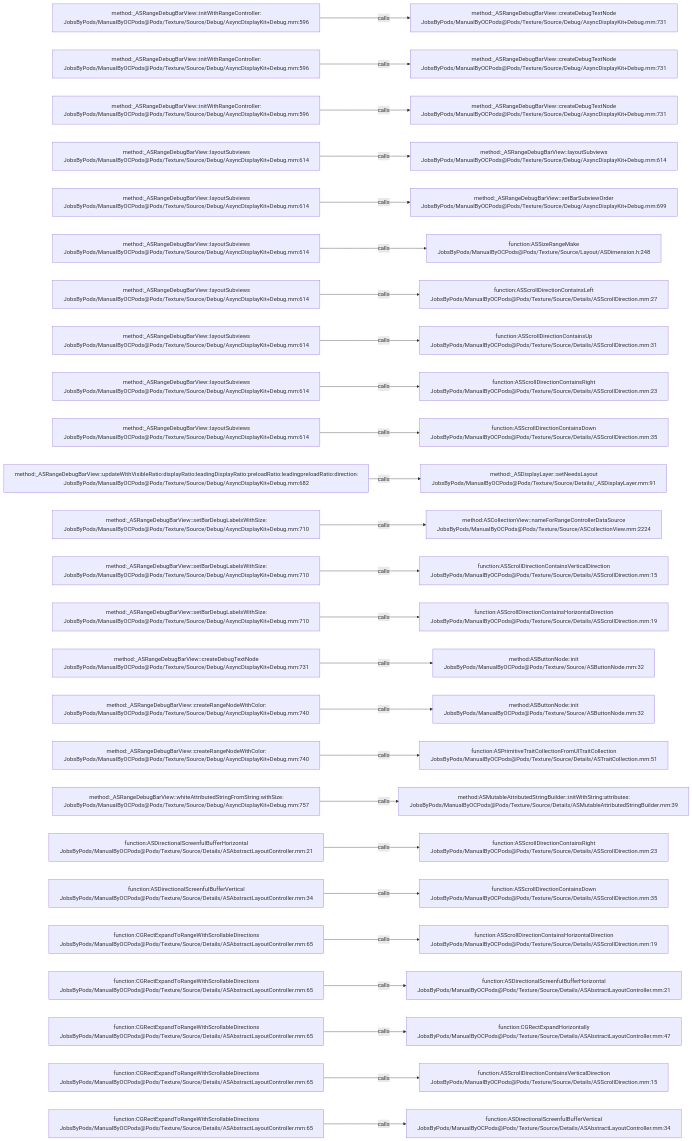
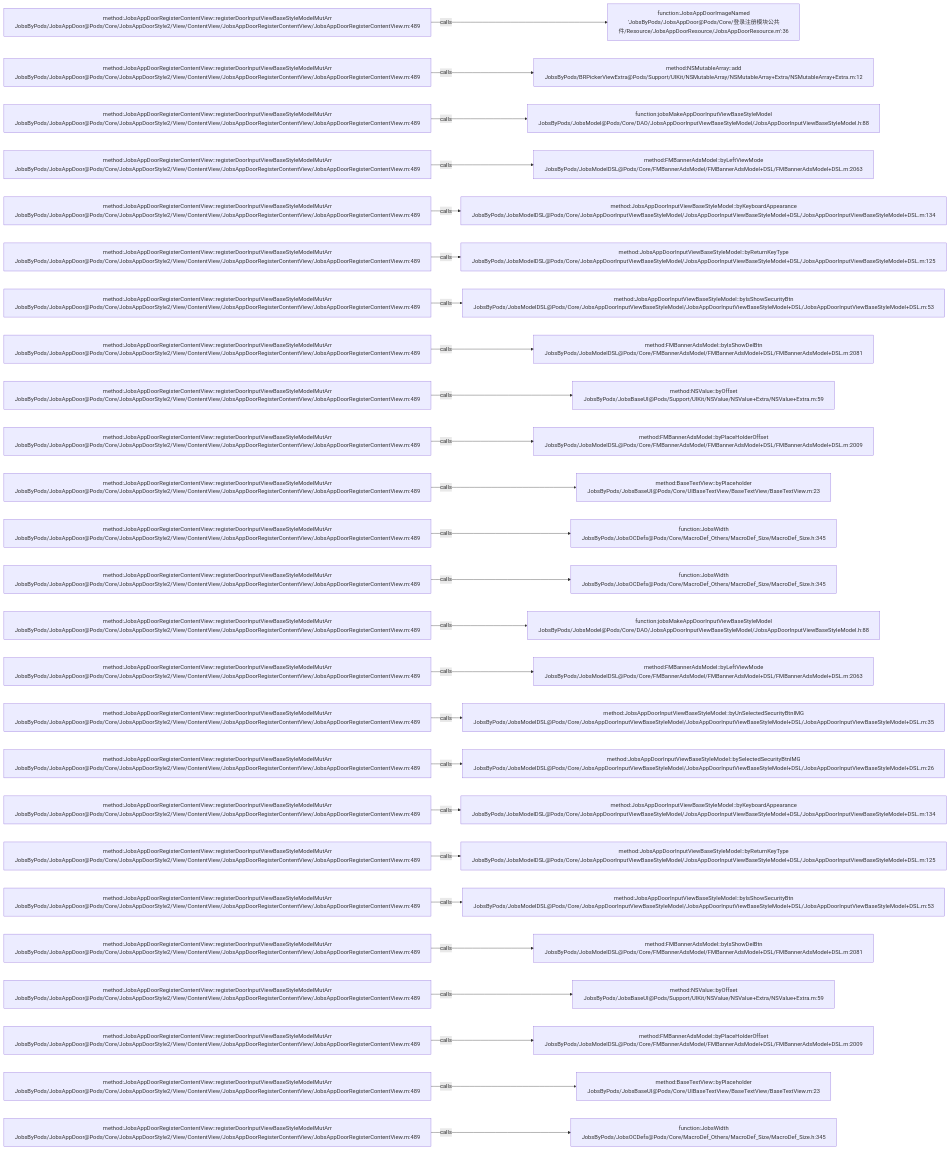
The diagram in .codegraph/codegraph.md/graphs/calls-134.md (JobsKits/JobsOCBaseConfigDemo), drawn with Mermaid before and after one commit. The commit also changed 768 other files, not shown here.

````diff
--- a/.codegraph/codegraph.md/graphs/calls-134.md
+++ b/.codegraph/codegraph.md/graphs/calls-134.md
@@ -13,78 +13,78 @@
 ```mermaid
 flowchart LR
-  S1["method:_ASRangeDebugBarView::initWithRangeController:<br/>JobsByPods/ManualByOCPods@Pods/Texture/Source/Debug/AsyncDisplayKit+Debug.mm:596"]
-  T1["method:_ASRangeDebugBarView::createDebugTextNode<br/>JobsByPods/ManualByOCPods@Pods/Texture/Source/Debug/AsyncDisplayKit+Debug.mm:731"]
+  S1["method:JobsAppDoorRegisterContentView::registerDoorInputViewBaseStyleModelMutArr<br/>JobsByPods/JobsAppDoor@Pods/Core/JobsAppDoorStyle2/View/ContentView/JobsAppDoorRegisterContentView/JobsAppDoorRegisterContentView.m:489"]
+  T1["function:JobsAppDoorImageNamed<br/>'JobsByPods/JobsAppDoor@Pods/Core/登录注册模块公共件/Resource/JobsAppDoorResource/JobsAppDoorResource.m':36"]
   S1 -->|calls| T1
-  S2["method:_ASRangeDebugBarView::initWithRangeController:<br/>JobsByPods/ManualByOCPods@Pods/Texture/Source/Debug/AsyncDisplayKit+Debug.mm:596"]
-  T2["method:_ASRangeDebugBarView::createDebugTextNode<br/>JobsByPods/ManualByOCPods@Pods/Texture/Source/Debug/AsyncDisplayKit+Debug.mm:731"]
+  S2["method:JobsAppDoorRegisterContentView::registerDoorInputViewBaseStyleModelMutArr<br/>JobsByPods/JobsAppDoor@Pods/Core/JobsAppDoorStyle2/View/ContentView/JobsAppDoorRegisterContentView/JobsAppDoorRegisterContentView.m:489"]
+  T2["method:NSMutableArray::add<br/>JobsByPods/BRPickerViewExtra@Pods/Support/UIKit/NSMutableArray/NSMutableArray+Extra/NSMutableArray+Extra.m:12"]
   S2 -->|calls| T2
-  S3["method:_ASRangeDebugBarView::initWithRangeController:<br/>JobsByPods/ManualByOCPods@Pods/Texture/Source/Debug/AsyncDisplayKit+Debug.mm:596"]
-  T3["method:_ASRangeDebugBarView::createDebugTextNode<br/>JobsByPods/ManualByOCPods@Pods/Texture/Source/Debug/AsyncDisplayKit+Debug.mm:731"]
+  S3["method:JobsAppDoorRegisterContentView::registerDoorInputViewBaseStyleModelMutArr<br/>JobsByPods/JobsAppDoor@Pods/Core/JobsAppDoorStyle2/View/ContentView/JobsAppDoorRegisterContentView/JobsAppDoorRegisterContentView.m:489"]
+  T3["function:jobsMakeAppDoorInputViewBaseStyleModel<br/>JobsByPods/JobsModel@Pods/Core/DAO/JobsAppDoorInputViewBaseStyleModel/JobsAppDoorInputViewBaseStyleModel.h:88"]
   S3 -->|calls| T3
-  S4["method:_ASRangeDebugBarView::layoutSubviews<br/>JobsByPods/ManualByOCPods@Pods/Texture/Source/Debug/AsyncDisplayKit+Debug.mm:614"]
-  T4["method:_ASRangeDebugBarView::layoutSubviews<br/>JobsByPods/ManualByOCPods@Pods/Texture/Source/Debug/AsyncDisplayKit+Debug.mm:614"]
+  S4["method:JobsAppDoorRegisterContentView::registerDoorInputViewBaseStyleModelMutArr<br/>JobsByPods/JobsAppDoor@Pods/Core/JobsAppDoorStyle2/View/ContentView/JobsAppDoorRegisterContentView/JobsAppDoorRegisterContentView.m:489"]
+  T4["method:FMBannerAdsModel::byLeftViewMode<br/>JobsByPods/JobsModelDSL@Pods/Core/FMBannerAdsModel/FMBannerAdsModel+DSL/FMBannerAdsModel+DSL.m:2063"]
   S4 -->|calls| T4
-  S5["method:_ASRangeDebugBarView::layoutSubviews<br/>JobsByPods/ManualByOCPods@Pods/Texture/Source/Debug/AsyncDisplayKit+Debug.mm:614"]
-  T5["method:_ASRangeDebugBarView::setBarSubviewOrder<br/>JobsByPods/ManualByOCPods@Pods/Texture/Source/Debug/AsyncDisplayKit+Debug.mm:699"]
+  S5["method:JobsAppDoorRegisterContentView::registerDoorInputViewBaseStyleModelMutArr<br/>JobsByPods/JobsAppDoor@Pods/Core/JobsAppDoorStyle2/View/ContentView/JobsAppDoorRegisterContentView/JobsAppDoorRegisterContentView.m:489"]
+  T5["method:JobsAppDoorInputViewBaseStyleModel::byKeyboardAppearance<br/>JobsByPods/JobsModelDSL@Pods/Core/JobsAppDoorInputViewBaseStyleModel/JobsAppDoorInputViewBaseStyleModel+DSL/JobsAppDoorInputViewBaseStyleModel+DSL.m:134"]
   S5 -->|calls| T5
-  S6["method:_ASRangeDebugBarView::layoutSubviews<br/>JobsByPods/ManualByOCPods@Pods/Texture/Source/Debug/AsyncDisplayKit+Debug.mm:614"]
-  T6["function:ASSizeRangeMake<br/>JobsByPods/ManualByOCPods@Pods/Texture/Source/Layout/ASDimension.h:248"]
+  S6["method:JobsAppDoorRegisterContentView::registerDoorInputViewBaseStyleModelMutArr<br/>JobsByPods/JobsAppDoor@Pods/Core/JobsAppDoorStyle2/View/ContentView/JobsAppDoorRegisterContentView/JobsAppDoorRegisterContentView.m:489"]
+  T6["method:JobsAppDoorInputViewBaseStyleModel::byReturnKeyType<br/>JobsByPods/JobsModelDSL@Pods/Core/JobsAppDoorInputViewBaseStyleModel/JobsAppDoorInputViewBaseStyleModel+DSL/JobsAppDoorInputViewBaseStyleModel+DSL.m:125"]
   S6 -->|calls| T6
-  S7["method:_ASRangeDebugBarView::layoutSubviews<br/>JobsByPods/ManualByOCPods@Pods/Texture/Source/Debug/AsyncDisplayKit+Debug.mm:614"]
-  T7["function:ASScrollDirectionContainsLeft<br/>JobsByPods/ManualByOCPods@Pods/Texture/Source/Details/ASScrollDirection.mm:27"]
+  S7["method:JobsAppDoorRegisterContentView::registerDoorInputViewBaseStyleModelMutArr<br/>JobsByPods/JobsAppDoor@Pods/Core/JobsAppDoorStyle2/View/ContentView/JobsAppDoorRegisterContentView/JobsAppDoorRegisterContentView.m:489"]
+  T7["method:JobsAppDoorInputViewBaseStyleModel::byIsShowSecurityBtn<br/>JobsByPods/JobsModelDSL@Pods/Core/JobsAppDoorInputViewBaseStyleModel/JobsAppDoorInputViewBaseStyleModel+DSL/JobsAppDoorInputViewBaseStyleModel+DSL.m:53"]
   S7 -->|calls| T7
-  S8["method:_ASRangeDebugBarView::layoutSubviews<br/>JobsByPods/ManualByOCPods@Pods/Texture/Source/Debug/AsyncDisplayKit+Debug.mm:614"]
-  T8["function:ASScrollDirectionContainsUp<br/>JobsByPods/ManualByOCPods@Pods/Texture/Source/Details/ASScrollDirection.mm:31"]
+  S8["method:JobsAppDoorRegisterContentView::registerDoorInputViewBaseStyleModelMutArr<br/>JobsByPods/JobsAppDoor@Pods/Core/JobsAppDoorStyle2/View/ContentView/JobsAppDoorRegisterContentView/JobsAppDoorRegisterContentView.m:489"]
+  T8["method:FMBannerAdsModel::byIsShowDelBtn<br/>JobsByPods/JobsModelDSL@Pods/Core/FMBannerAdsModel/FMBannerAdsModel+DSL/FMBannerAdsModel+DSL.m:2081"]
   S8 -->|calls| T8
-  S9["method:_ASRangeDebugBarView::layoutSubviews<br/>JobsByPods/ManualByOCPods@Pods/Texture/Source/Debug/AsyncDisplayKit+Debug.mm:614"]
-  T9["function:ASScrollDirectionContainsRight<br/>JobsByPods/ManualByOCPods@Pods/Texture/Source/Details/ASScrollDirection.mm:23"]
+  S9["method:JobsAppDoorRegisterContentView::registerDoorInputViewBaseStyleModelMutArr<br/>JobsByPods/JobsAppDoor@Pods/Core/JobsAppDoorStyle2/View/ContentView/JobsAppDoorRegisterContentView/JobsAppDoorRegisterContentView.m:489"]
+  T9["method:NSValue::byOffset<br/>JobsByPods/JobsBaseUI@Pods/Support/UIKit/NSValue/NSValue+Extra/NSValue+Extra.m:59"]
   S9 -->|calls| T9
-  S10["method:_ASRangeDebugBarView::layoutSubviews<br/>JobsByPods/ManualByOCPods@Pods/Texture/Source/Debug/AsyncDisplayKit+Debug.mm:614"]
-  T10["function:ASScrollDirectionContainsDown<br/>JobsByPods/ManualByOCPods@Pods/Texture/Source/Details/ASScrollDirection.mm:35"]
+  S10["method:JobsAppDoorRegisterContentView::registerDoorInputViewBaseStyleModelMutArr<br/>JobsByPods/JobsAppDoor@Pods/Core/JobsAppDoorStyle2/View/ContentView/JobsAppDoorRegisterContentView/JobsAppDoorRegisterContentView.m:489"]
+  T10["method:FMBannerAdsModel::byPlaceHolderOffset<br/>JobsByPods/JobsModelDSL@Pods/Core/FMBannerAdsModel/FMBannerAdsModel+DSL/FMBannerAdsModel+DSL.m:2009"]
   S10 -->|calls| T10
-  S11["method:_ASRangeDebugBarView::updateWithVisibleRatio:displayRatio:leadingDisplayRatio:preloadRatio:leadingpreloadRatio:direction:<br/>JobsByPods/ManualByOCPods@Pods/Texture/Source/Debug/AsyncDisplayKit+Debug.mm:682"]
-  T11["method:_ASDisplayLayer::setNeedsLayout<br/>JobsByPods/ManualByOCPods@Pods/Texture/Source/Details/_ASDisplayLayer.mm:91"]
+  S11["method:JobsAppDoorRegisterContentView::registerDoorInputViewBaseStyleModelMutArr<br/>JobsByPods/JobsAppDoor@Pods/Core/JobsAppDoorStyle2/View/ContentView/JobsAppDoorRegisterContentView/JobsAppDoorRegisterContentView.m:489"]
+  T11["method:BaseTextView::byPlaceholder<br/>JobsByPods/JobsBaseUI@Pods/Core/UIBaseTextView/BaseTextView/BaseTextView.m:23"]
   S11 -->|calls| T11
-  S12["method:_ASRangeDebugBarView::setBarDebugLabelsWithSize:<br/>JobsByPods/ManualByOCPods@Pods/Texture/Source/Debug/AsyncDisplayKit+Debug.mm:710"]
-  T12["method:ASCollectionView::nameForRangeControllerDataSource<br/>JobsByPods/ManualByOCPods@Pods/Texture/Source/ASCollectionView.mm:2224"]
+  S12["method:JobsAppDoorRegisterContentView::registerDoorInputViewBaseStyleModelMutArr<br/>JobsByPods/JobsAppDoor@Pods/Core/JobsAppDoorStyle2/View/ContentView/JobsAppDoorRegisterContentView/JobsAppDoorRegisterContentView.m:489"]
+  T12["function:JobsWidth<br/>JobsByPods/JobsOCDefs@Pods/Core/MacroDef_Others/MacroDef_Size/MacroDef_Size.h:345"]
   S12 -->|calls| T12
-  S13["method:_ASRangeDebugBarView::setBarDebugLabelsWithSize:<br/>JobsByPods/ManualByOCPods@Pods/Texture/Source/Debug/AsyncDisplayKit+Debug.mm:710"]
-  T13["function:ASScrollDirectionContainsVerticalDirection<br/>JobsByPods/ManualByOCPods@Pods/Texture/Source/Details/ASScrollDirection.mm:15"]
+  S13["method:JobsAppDoorRegisterContentView::registerDoorInputViewBaseStyleModelMutArr<br/>JobsByPods/JobsAppDoor@Pods/Core/JobsAppDoorStyle2/View/ContentView/JobsAppDoorRegisterContentView/JobsAppDoorRegisterContentView.m:489"]
+  T13["function:JobsWidth<br/>JobsByPods/JobsOCDefs@Pods/Core/MacroDef_Others/MacroDef_Size/MacroDef_Size.h:345"]
   S13 -->|calls| T13
-  S14["method:_ASRangeDebugBarView::setBarDebugLabelsWithSize:<br/>JobsByPods/ManualByOCPods@Pods/Texture/Source/Debug/AsyncDisplayKit+Debug.mm:710"]
-  T14["function:ASScrollDirectionContainsHorizontalDirection<br/>JobsByPods/ManualByOCPods@Pods/Texture/Source/Details/ASScrollDirection.mm:19"]
+  S14["method:JobsAppDoorRegisterContentView::registerDoorInputViewBaseStyleModelMutArr<br/>JobsByPods/JobsAppDoor@Pods/Core/JobsAppDoorStyle2/View/ContentView/JobsAppDoorRegisterContentView/JobsAppDoorRegisterContentView.m:489"]
+  T14["function:jobsMakeAppDoorInputViewBaseStyleModel<br/>JobsByPods/JobsModel@Pods/Core/DAO/JobsAppDoorInputViewBaseStyleModel/JobsAppDoorInputViewBaseStyleModel.h:88"]
   S14 -->|calls| T14
-  S15["method:_ASRangeDebugBarView::createDebugTextNode<br/>JobsByPods/ManualByOCPods@Pods/Texture/Source/Debug/AsyncDisplayKit+Debug.mm:731"]
-  T15["method:ASButtonNode::init<br/>JobsByPods/ManualByOCPods@Pods/Texture/Source/ASButtonNode.mm:32"]
+  S15["method:JobsAppDoorRegisterContentView::registerDoorInputViewBaseStyleModelMutArr<br/>JobsByPods/JobsAppDoor@Pods/Core/JobsAppDoorStyle2/View/ContentView/JobsAppDoorRegisterContentView/JobsAppDoorRegisterContentView.m:489"]
+  T15["method:FMBannerAdsModel::byLeftViewMode<br/>JobsByPods/JobsModelDSL@Pods/Core/FMBannerAdsModel/FMBannerAdsModel+DSL/FMBannerAdsModel+DSL.m:2063"]
   S15 -->|calls| T15
-  S16["method:_ASRangeDebugBarView::createRangeNodeWithColor:<br/>JobsByPods/ManualByOCPods@Pods/Texture/Source/Debug/AsyncDisplayKit+Debug.mm:740"]
-  T16["method:ASButtonNode::init<br/>JobsByPods/ManualByOCPods@Pods/Texture/Source/ASButtonNode.mm:32"]
+  S16["method:JobsAppDoorRegisterContentView::registerDoorInputViewBaseStyleModelMutArr<br/>JobsByPods/JobsAppDoor@Pods/Core/JobsAppDoorStyle2/View/ContentView/JobsAppDoorRegisterContentView/JobsAppDoorRegisterContentView.m:489"]
+  T16["method:JobsAppDoorInputViewBaseStyleModel::byUnSelectedSecurityBtnIMG<br/>JobsByPods/JobsModelDSL@Pods/Core/JobsAppDoorInputViewBaseStyleModel/JobsAppDoorInputViewBaseStyleModel+DSL/JobsAppDoorInputViewBaseStyleModel+DSL.m:35"]
   S16 -->|calls| T16
-  S17["method:_ASRangeDebugBarView::createRangeNodeWithColor:<br/>JobsByPods/ManualByOCPods@Pods/Texture/Source/Debug/AsyncDisplayKit+Debug.mm:740"]
-  T17["function:ASPrimitiveTraitCollectionFromUITraitCollection<br/>JobsByPods/ManualByOCPods@Pods/Texture/Source/Details/ASTraitCollection.mm:51"]
+  S17["method:JobsAppDoorRegisterContentView::registerDoorInputViewBaseStyleModelMutArr<br/>JobsByPods/JobsAppDoor@Pods/Core/JobsAppDoorStyle2/View/ContentView/JobsAppDoorRegisterContentView/JobsAppDoorRegisterContentView.m:489"]
+  T17["method:JobsAppDoorInputViewBaseStyleModel::bySelectedSecurityBtnIMG<br/>JobsByPods/JobsModelDSL@Pods/Core/JobsAppDoorInputViewBaseStyleModel/JobsAppDoorInputViewBaseStyleModel+DSL/JobsAppDoorInputViewBaseStyleModel+DSL.m:26"]
   S17 -->|calls| T17
-  S18["method:_ASRangeDebugBarView::whiteAttributedStringFromString:withSize:<br/>JobsByPods/ManualByOCPods@Pods/Texture/Source/Debug/AsyncDisplayKit+Debug.mm:757"]
-  T18["method:ASMutableAttributedStringBuilder::initWithString:attributes:<br/>JobsByPods/ManualByOCPods@Pods/Texture/Source/Details/ASMutableAttributedStringBuilder.mm:39"]
+  S18["method:JobsAppDoorRegisterContentView::registerDoorInputViewBaseStyleModelMutArr<br/>JobsByPods/JobsAppDoor@Pods/Core/JobsAppDoorStyle2/View/ContentView/JobsAppDoorRegisterContentView/JobsAppDoorRegisterContentView.m:489"]
+  T18["method:JobsAppDoorInputViewBaseStyleModel::byKeyboardAppearance<br/>JobsByPods/JobsModelDSL@Pods/Core/JobsAppDoorInputViewBaseStyleModel/JobsAppDoorInputViewBaseStyleModel+DSL/JobsAppDoorInputViewBaseStyleModel+DSL.m:134"]
   S18 -->|calls| T18
-  S19["function:ASDirectionalScreenfulBufferHorizontal<br/>JobsByPods/ManualByOCPods@Pods/Texture/Source/Details/ASAbstractLayoutController.mm:21"]
-  T19["function:ASScrollDirectionContainsRight<br/>JobsByPods/ManualByOCPods@Pods/Texture/Source/Details/ASScrollDirection.mm:23"]
+  S19["method:JobsAppDoorRegisterContentView::registerDoorInputViewBaseStyleModelMutArr<br/>JobsByPods/JobsAppDoor@Pods/Core/JobsAppDoorStyle2/View/ContentView/JobsAppDoorRegisterContentView/JobsAppDoorRegisterContentView.m:489"]
+  T19["method:JobsAppDoorInputViewBaseStyleModel::byReturnKeyType<br/>JobsByPods/JobsModelDSL@Pods/Core/JobsAppDoorInputViewBaseStyleModel/JobsAppDoorInputViewBaseStyleModel+DSL/JobsAppDoorInputViewBaseStyleModel+DSL.m:125"]
   S19 -->|calls| T19
-  S20["function:ASDirectionalScreenfulBufferVertical<br/>JobsByPods/ManualByOCPods@Pods/Texture/Source/Details/ASAbstractLayoutController.mm:34"]
-  T20["function:ASScrollDirectionContainsDown<br/>JobsByPods/ManualByOCPods@Pods/Texture/Source/Details/ASScrollDirection.mm:35"]
+  S20["method:JobsAppDoorRegisterContentView::registerDoorInputViewBaseStyleModelMutArr<br/>JobsByPods/JobsAppDoor@Pods/Core/JobsAppDoorStyle2/View/ContentView/JobsAppDoorRegisterContentView/JobsAppDoorRegisterContentView.m:489"]
+  T20["method:JobsAppDoorInputViewBaseStyleModel::byIsShowSecurityBtn<br/>JobsByPods/JobsModelDSL@Pods/Core/JobsAppDoorInputViewBaseStyleModel/JobsAppDoorInputViewBaseStyleModel+DSL/JobsAppDoorInputViewBaseStyleModel+DSL.m:53"]
   S20 -->|calls| T20
-  S21["function:CGRectExpandToRangeWithScrollableDirections<br/>JobsByPods/ManualByOCPods@Pods/Texture/Source/Details/ASAbstractLayoutController.mm:65"]
-  T21["function:ASScrollDirectionContainsHorizontalDirection<br/>JobsByPods/ManualByOCPods@Pods/Texture/Source/Details/ASScrollDirection.mm:19"]
+  S21["method:JobsAppDoorRegisterContentView::registerDoorInputViewBaseStyleModelMutArr<br/>JobsByPods/JobsAppDoor@Pods/Core/JobsAppDoorStyle2/View/ContentView/JobsAppDoorRegisterContentView/JobsAppDoorRegisterContentView.m:489"]
+  T21["method:FMBannerAdsModel::byIsShowDelBtn<br/>JobsByPods/JobsModelDSL@Pods/Core/FMBannerAdsModel/FMBannerAdsModel+DSL/FMBannerAdsModel+DSL.m:2081"]
   S21 -->|calls| T21
-  S22["function:CGRectExpandToRangeWithScrollableDirections<br/>JobsByPods/ManualByOCPods@Pods/Texture/Source/Details/ASAbstractLayoutController.mm:65"]
-  T22["function:ASDirectionalScreenfulBufferHorizontal<br/>JobsByPods/ManualByOCPods@Pods/Texture/Source/Details/ASAbstractLayoutController.mm:21"]
+  S22["method:JobsAppDoorRegisterContentView::registerDoorInputViewBaseStyleModelMutArr<br/>JobsByPods/JobsAppDoor@Pods/Core/JobsAppDoorStyle2/View/ContentView/JobsAppDoorRegisterContentView/JobsAppDoorRegisterContentView.m:489"]
+  T22["method:NSValue::byOffset<br/>JobsByPods/JobsBaseUI@Pods/Support/UIKit/NSValue/NSValue+Extra/NSValue+Extra.m:59"]
   S22 -->|calls| T22
-  S23["function:CGRectExpandToRangeWithScrollableDirections<br/>JobsByPods/ManualByOCPods@Pods/Texture/Source/Details/ASAbstractLayoutController.mm:65"]
-  T23["function:CGRectExpandHorizontally<br/>JobsByPods/ManualByOCPods@Pods/Texture/Source/Details/ASAbstractLayoutController.mm:47"]
+  S23["method:JobsAppDoorRegisterContentView::registerDoorInputViewBaseStyleModelMutArr<br/>JobsByPods/JobsAppDoor@Pods/Core/JobsAppDoorStyle2/View/ContentView/JobsAppDoorRegisterContentView/JobsAppDoorRegisterContentView.m:489"]
+  T23["method:FMBannerAdsModel::byPlaceHolderOffset<br/>JobsByPods/JobsModelDSL@Pods/Core/FMBannerAdsModel/FMBannerAdsModel+DSL/FMBannerAdsModel+DSL.m:2009"]
   S23 -->|calls| T23
-  S24["function:CGRectExpandToRangeWithScrollableDirections<br/>JobsByPods/ManualByOCPods@Pods/Texture/Source/Details/ASAbstractLayoutController.mm:65"]
-  T24["function:ASScrollDirectionContainsVerticalDirection<br/>JobsByPods/ManualByOCPods@Pods/Texture/Source/Details/ASScrollDirection.mm:15"]
+  S24["method:JobsAppDoorRegisterContentView::registerDoorInputViewBaseStyleModelMutArr<br/>JobsByPods/JobsAppDoor@Pods/Core/JobsAppDoorStyle2/View/ContentView/JobsAppDoorRegisterContentView/JobsAppDoorRegisterContentView.m:489"]
+  T24["method:BaseTextView::byPlaceholder<br/>JobsByPods/JobsBaseUI@Pods/Core/UIBaseTextView/BaseTextView/BaseTextView.m:23"]
   S24 -->|calls| T24
-  S25["function:CGRectExpandToRangeWithScrollableDirections<br/>JobsByPods/ManualByOCPods@Pods/Texture/Source/Details/ASAbstractLayoutController.mm:65"]
-  T25["function:ASDirectionalScreenfulBufferVertical<br/>JobsByPods/ManualByOCPods@Pods/Texture/Source/Details/ASAbstractLayoutController.mm:34"]
+  S25["method:JobsAppDoorRegisterContentView::registerDoorInputViewBaseStyleModelMutArr<br/>JobsByPods/JobsAppDoor@Pods/Core/JobsAppDoorStyle2/View/ContentView/JobsAppDoorRegisterContentView/JobsAppDoorRegisterContentView.m:489"]
+  T25["function:JobsWidth<br/>JobsByPods/JobsOCDefs@Pods/Core/MacroDef_Others/MacroDef_Size/MacroDef_Size.h:345"]
   S25 -->|calls| T25
 ```
````
